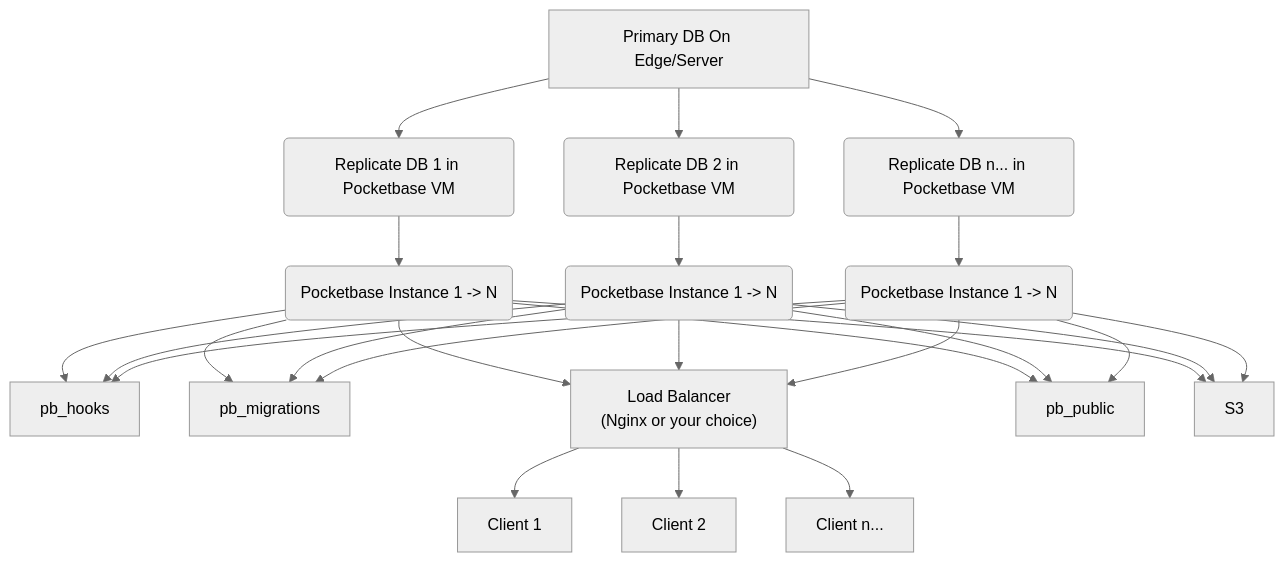
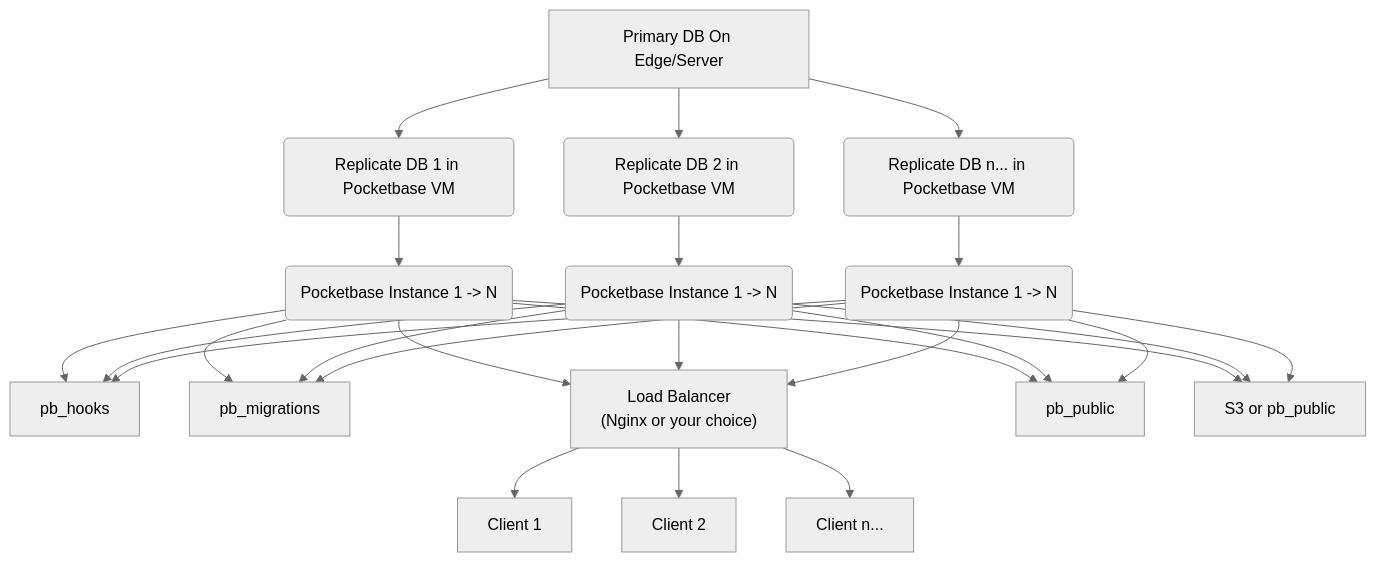
One commit to cobeo2004/pocketbase-libsql changed the diagram in README.md. Above: the diagram before and after it, drawn with Mermaid (neutral theme).

````diff
--- a/README.md
+++ b/README.md
@@ -11,40 +11,40 @@
 ```mermaid
 flowchart TD
     A["Primary DB On Edge/Server"] --> B("Replicate DB 1 in Pocketbase VM")
     A --> C("Replicate DB 2 in Pocketbase VM")
     A --> D("Replicate DB n... in Pocketbase VM")
 
     B --> E("Pocketbase Instance 1 -> N")
 
     C --> H("Pocketbase Instance 1 -> N")
 
     D --> K("Pocketbase Instance 1 -> N")
 
     O[pb_hooks]
     E --> O
     H --> O
     K --> O
 
     F[pb_migrations]
     E --> F
     H --> F
     K --> F
 
     S["Load Balancer<br/>(Nginx or your choice)"]
     E --> S
     H --> S
     K --> S
 
     G[pb_public]
     E --> G
     H --> G
     K --> G
-    T[S3]
+    T[S3 or pb_public]
     E --> T
     H --> T
     K --> T
 
     S --> P["Client 1"]
     S --> Q["Client 2"]
     S --> R["Client n..."]
 ```
````
